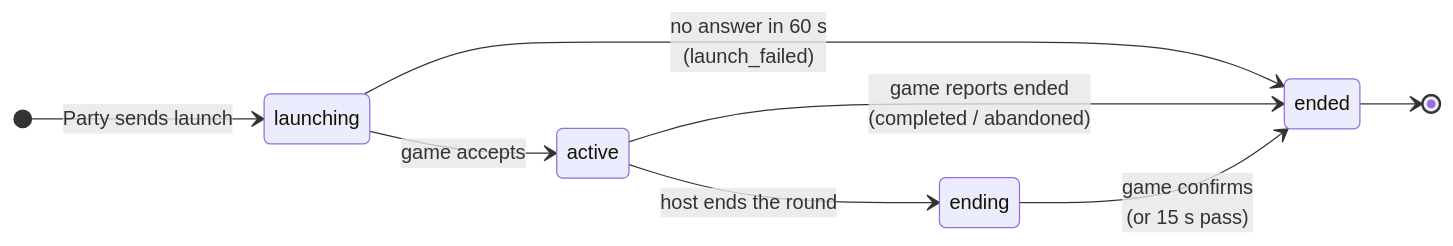
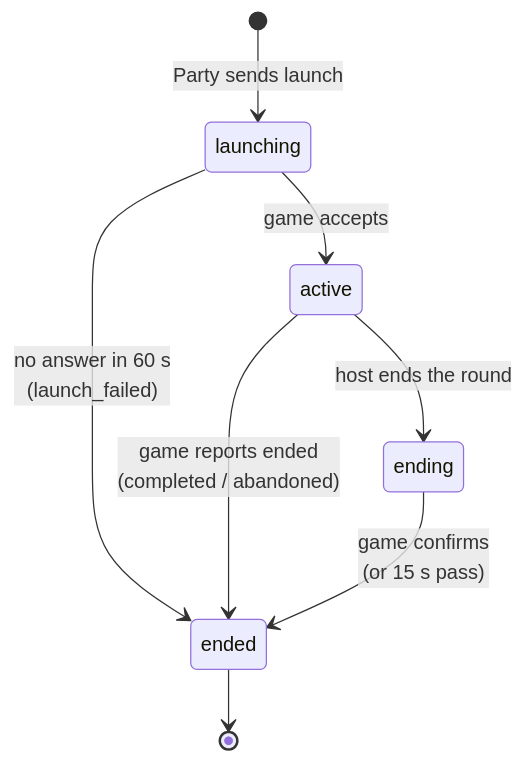
The second of 2 diagrams in docs/games/index.md (rcnechamkin/avrana-party-docs), drawn with Mermaid before and after one commit. The commit also changed other lines of this file and 35 other files, not shown here.

First line of the commit message:
Refine navigation, landing page, diagrams and editorial structure

````diff
--- a/docs/games/index.md
+++ b/docs/games/index.md
@@ -82,11 +117,10 @@
 ```mermaid
 stateDiagram-v2
-  direction LR
   [*] --> launching: Party sends launch
   launching --> active: game accepts
   launching --> ended: no answer in 60 s<br/>(launch_failed)
   active --> ending: host ends the round
   active --> ended: game reports ended<br/>(completed / abandoned)
   ending --> ended: game confirms<br/>(or 15 s pass)
   ended --> [*]
 ```
````
